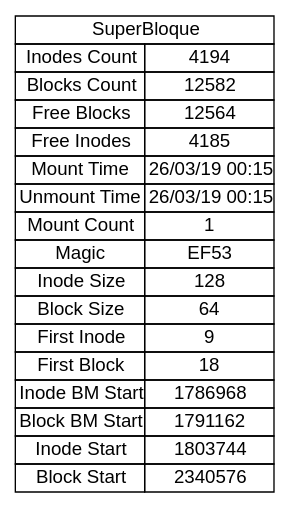
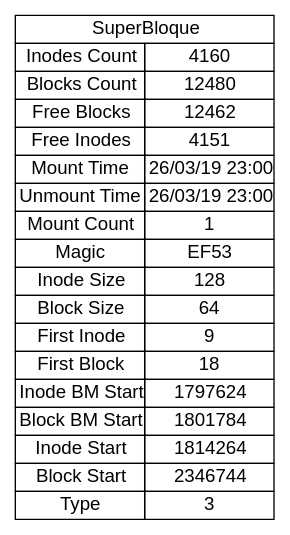
Before and after one commit to SebastianSNZ/FailsOwO: the diagram in build-UltraFileManager-Desktop_Qt_5_5_1_GCC_32bit-Debug/superblock.dot, drawn with Graphviz. The commit also changed 9 other files, not shown here.

```diff
--- a/build-UltraFileManager-Desktop_Qt_5_5_1_GCC_32bit-Debug/superblock.dot
+++ b/build-UltraFileManager-Desktop_Qt_5_5_1_GCC_32bit-Debug/superblock.dot
@@ -1,27 +1,28 @@
 digraph g {
 rankdir = LR;
 graph [fontname = "arial"];
 node [fontname = "arial"];
 edge [fontname = "arial"];
 	blsupinterb [shape=none, margin=0, label =<
 		<table border="0" cellborder="1" cellspacing="0">
 			<tr> <td colspan = "2">SuperBloque</td> </tr>
-			<tr> <td>Inodes Count</td> <td>4194</td> </tr>
-			<tr> <td>Blocks Count</td> <td>12582</td> </tr>
-			<tr> <td>Free Blocks</td> <td>12564</td> </tr>
-			<tr> <td>Free Inodes</td> <td>4185</td> </tr>
-			<tr> <td>Mount Time</td> <td>26/03/19 00:15</td> </tr>
-			<tr> <td>Unmount Time</td> <td>26/03/19 00:15</td> </tr>
+			<tr> <td>Inodes Count</td> <td>4160</td> </tr>
+			<tr> <td>Blocks Count</td> <td>12480</td> </tr>
+			<tr> <td>Free Blocks</td> <td>12462</td> </tr>
+			<tr> <td>Free Inodes</td> <td>4151</td> </tr>
+			<tr> <td>Mount Time</td> <td>26/03/19 23:00</td> </tr>
+			<tr> <td>Unmount Time</td> <td>26/03/19 23:00</td> </tr>
 			<tr> <td>Mount Count</td> <td>1</td> </tr>
 			<tr> <td>Magic</td> <td>EF53</td> </tr>
 			<tr> <td>Inode Size</td> <td>128</td> </tr>
 			<tr> <td>Block Size</td> <td>64</td> </tr>
 			<tr> <td>First Inode</td> <td>9</td> </tr>
 			<tr> <td>First Block</td> <td>18</td> </tr>
-			<tr> <td>Inode BM Start</td> <td>1786968</td> </tr>
-			<tr> <td>Block BM Start</td> <td>1791162</td> </tr>
-			<tr> <td>Inode Start</td> <td>1803744</td> </tr>
-			<tr> <td>Block Start</td> <td>2340576</td> </tr>
+			<tr> <td>Inode BM Start</td> <td>1797624</td> </tr>
+			<tr> <td>Block BM Start</td> <td>1801784</td> </tr>
+			<tr> <td>Inode Start</td> <td>1814264</td> </tr>
+			<tr> <td>Block Start</td> <td>2346744</td> </tr>
+			<tr> <td>Type</td> <td>3</td> </tr>
 	</table> >];
 
 }
```
